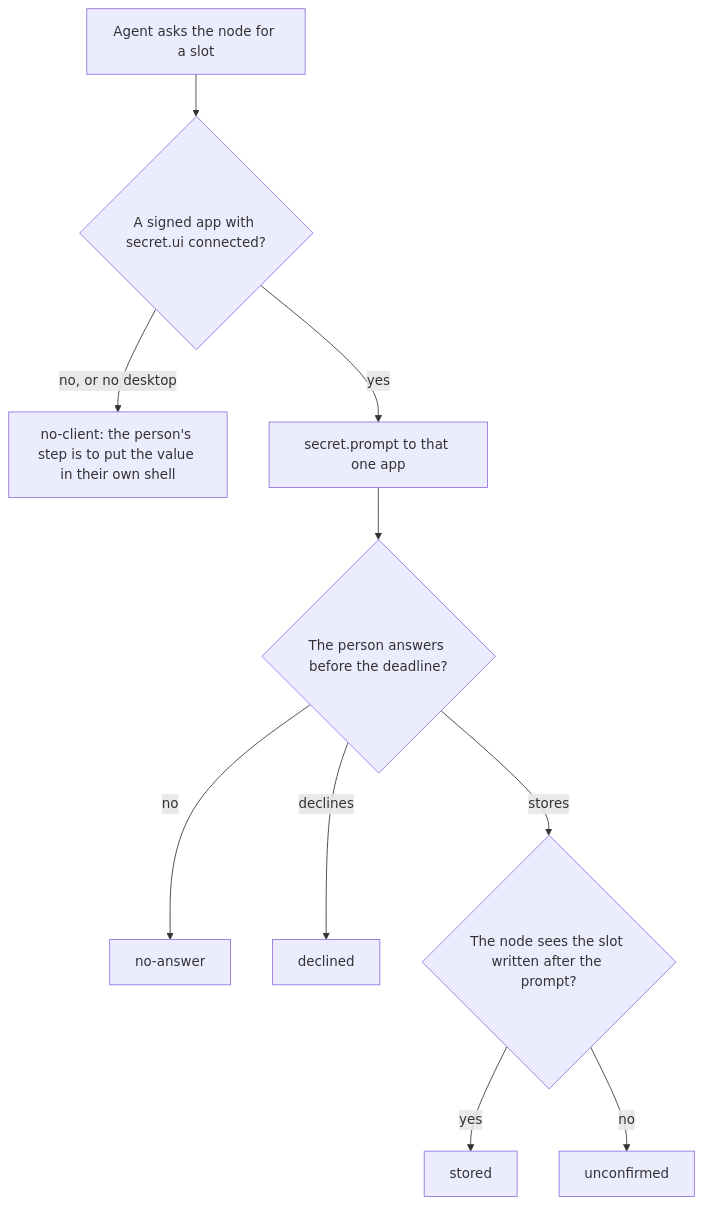
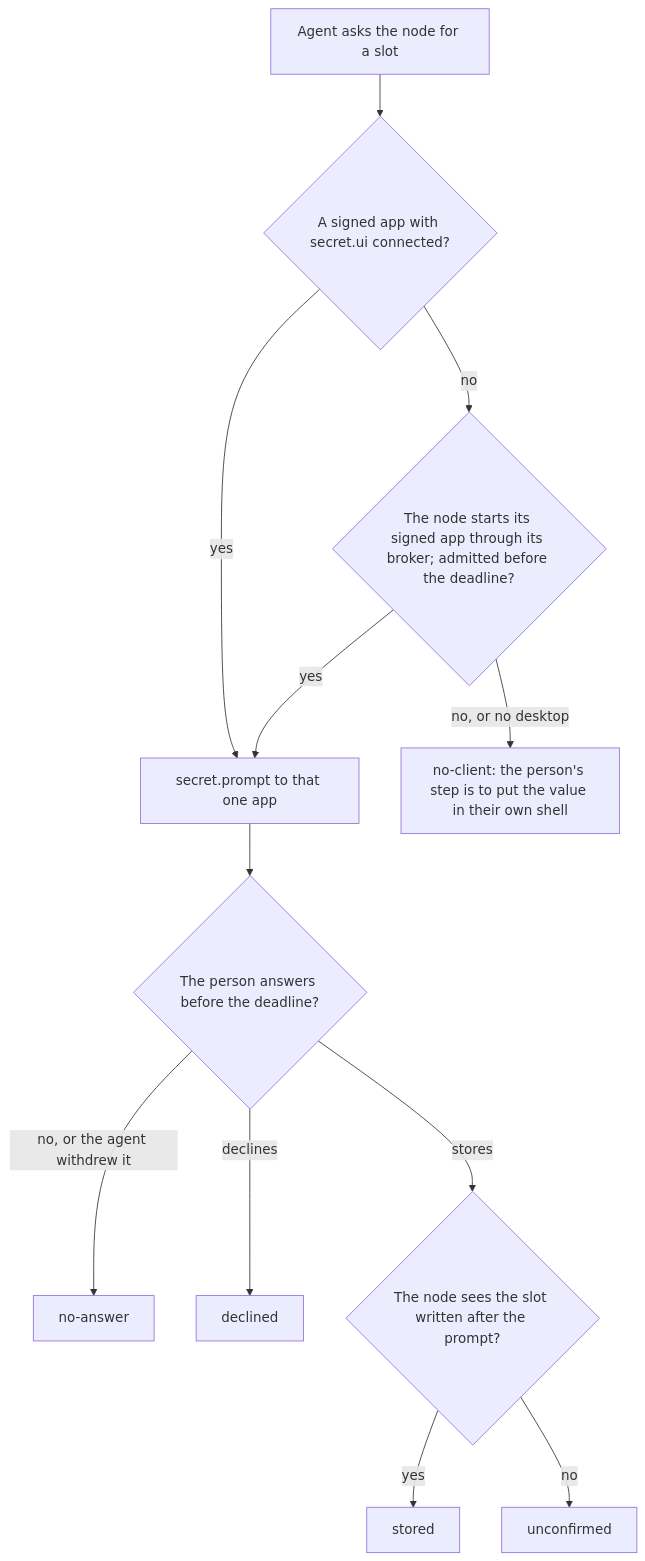
One commit to passioncode-ai/fabric-agent-contract changed diagram 34 of 34 in docs/ux/flows.md. Above: the diagram before and after it, drawn with Mermaid. The commit also changed other lines of this file and 14 other files, not shown here.

````diff
--- a/docs/ux/flows.md
+++ b/docs/ux/flows.md
@@ -864,12 +866,14 @@
 ```mermaid
 flowchart TD
   Q[Agent asks the node for a slot] --> C{A signed app with secret.ui connected?}
-  C -->|no, or no desktop| X[no-client: the person's step is to put the value in their own shell]
+  C -->|no| L{The node starts its signed app through its broker; admitted before the deadline?}
+  L -->|yes| P
+  L -->|no, or no desktop| X[no-client: the person's step is to put the value in their own shell]
   C -->|yes| P[secret.prompt to that one app]
   P --> W{The person answers before the deadline?}
-  W -->|no| Z[no-answer]
+  W -->|no, or the agent withdrew it| Z[no-answer]
   W -->|declines| D[declined]
   W -->|stores| S{The node sees the slot written after the prompt?}
   S -->|yes| O[stored]
   S -->|no| U[unconfirmed]
 ```
````
